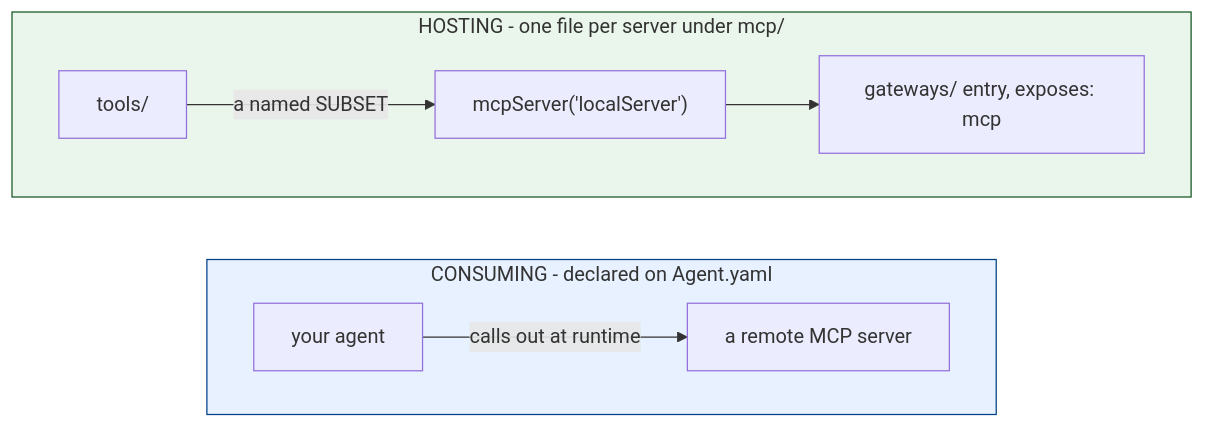
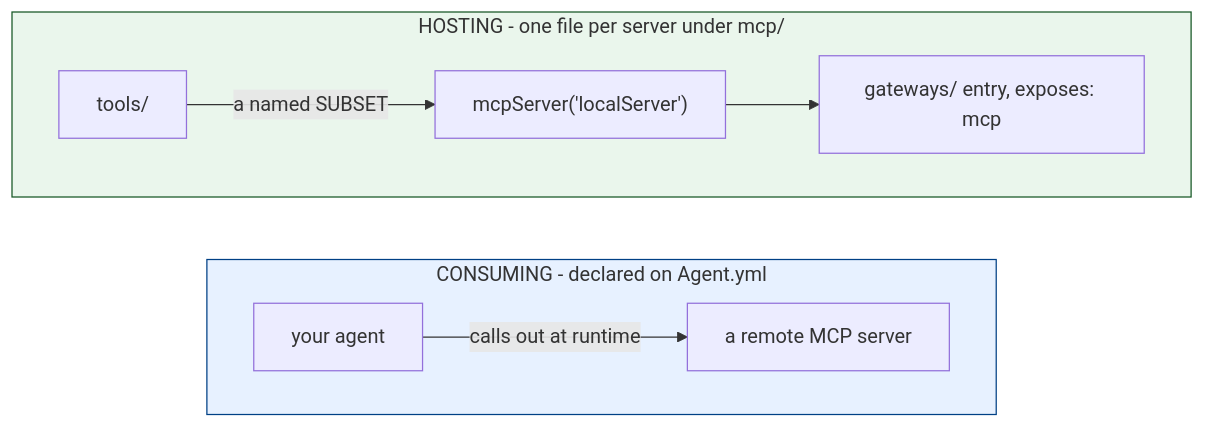
One commit to ortus-boxlang/bx-agents changed the diagram in docs/course/17-hosting-mcp-servers.md. Above: the diagram before and after it, drawn with Mermaid. The commit also changed other lines of this file and 401 other files, not shown here.

First line of the commit message:
Rename Agent.yaml, bxAgents.yml and settings.yml to Agent.yml

````diff
--- a/docs/course/17-hosting-mcp-servers.md
+++ b/docs/course/17-hosting-mcp-servers.md
@@ -16,14 +16,14 @@
 ```mermaid
 flowchart LR
-    subgraph consume["CONSUMING - declared on Agent.yaml"]
+    subgraph consume["CONSUMING - declared on Agent.yml"]
         direction LR
         AG["your agent"] -->|"calls out at runtime"| RM["a remote MCP server"]
     end
     subgraph host["HOSTING - one file per server under mcp/"]
         direction LR
         TL["tools/"] -->|"a named SUBSET"| MS["mcpServer('localServer')"]
         MS --> GW["gateways/ entry, exposes: mcp"]
     end
     style consume fill:#e7f1ff,stroke:#004085
     style host fill:#eaf6ec,stroke:#155724
 ```
````
